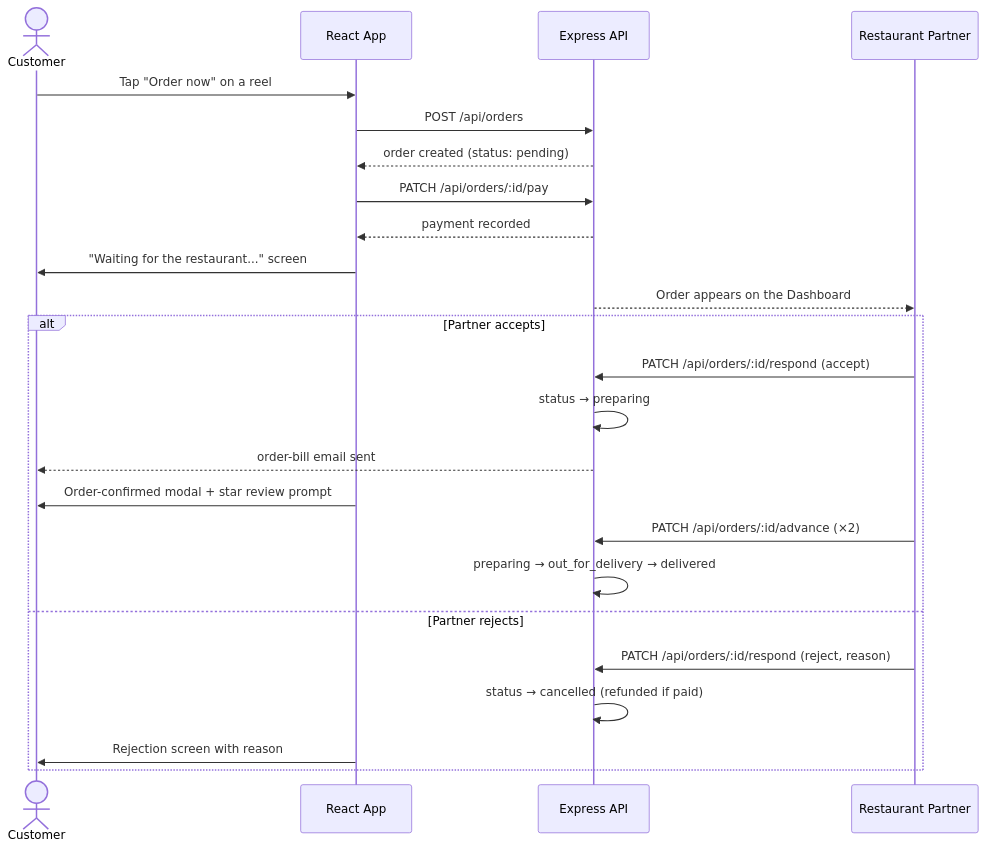
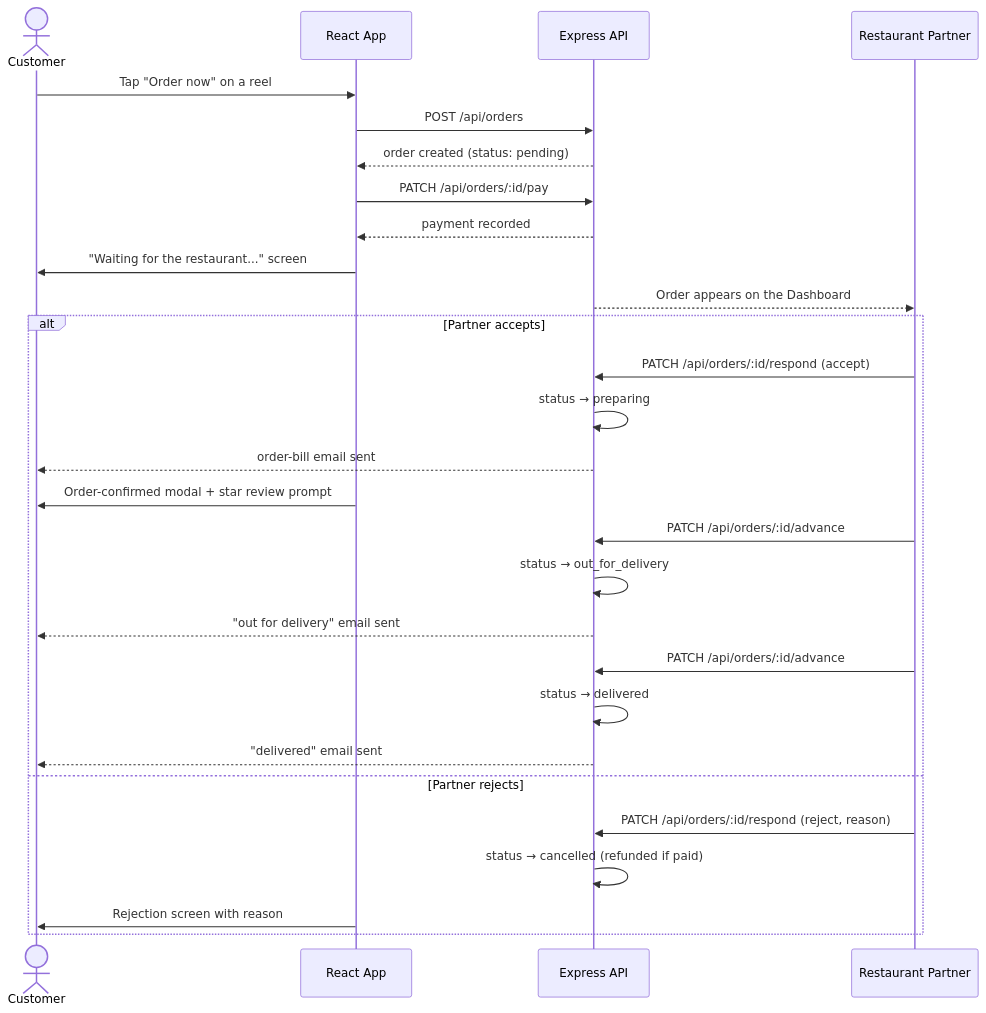
The third of 4 diagrams in README.md (titoo9201/ZomaFeeds), drawn with Mermaid before and after one commit. The commit also changed other lines of this file and 11 other files, not shown here.

````diff
--- a/README.md
+++ b/README.md
@@ -231,29 +237,33 @@
 ```mermaid
 sequenceDiagram
     actor U as Customer
     participant FE as React App
     participant API as Express API
     participant P as Restaurant Partner
 
     U->>FE: Tap "Order now" on a reel
     FE->>API: POST /api/orders
     API-->>FE: order created (status: pending)
     FE->>API: PATCH /api/orders/:id/pay
     API-->>FE: payment recorded
     FE->>U: "Waiting for the restaurant..." screen
 
     API-->>P: Order appears on the Dashboard
 
     alt Partner accepts
         P->>API: PATCH /api/orders/:id/respond (accept)
         API->>API: status → preparing
         API-->>U: order-bill email sent
         FE->>U: Order-confirmed modal + star review prompt
-        P->>API: PATCH /api/orders/:id/advance (×2)
-        API->>API: preparing → out_for_delivery → delivered
+        P->>API: PATCH /api/orders/:id/advance
+        API->>API: status → out_for_delivery
+        API-->>U: "out for delivery" email sent
+        P->>API: PATCH /api/orders/:id/advance
+        API->>API: status → delivered
+        API-->>U: "delivered" email sent
     else Partner rejects
         P->>API: PATCH /api/orders/:id/respond (reject, reason)
         API->>API: status → cancelled (refunded if paid)
         FE->>U: Rejection screen with reason
     end
 ```
````
